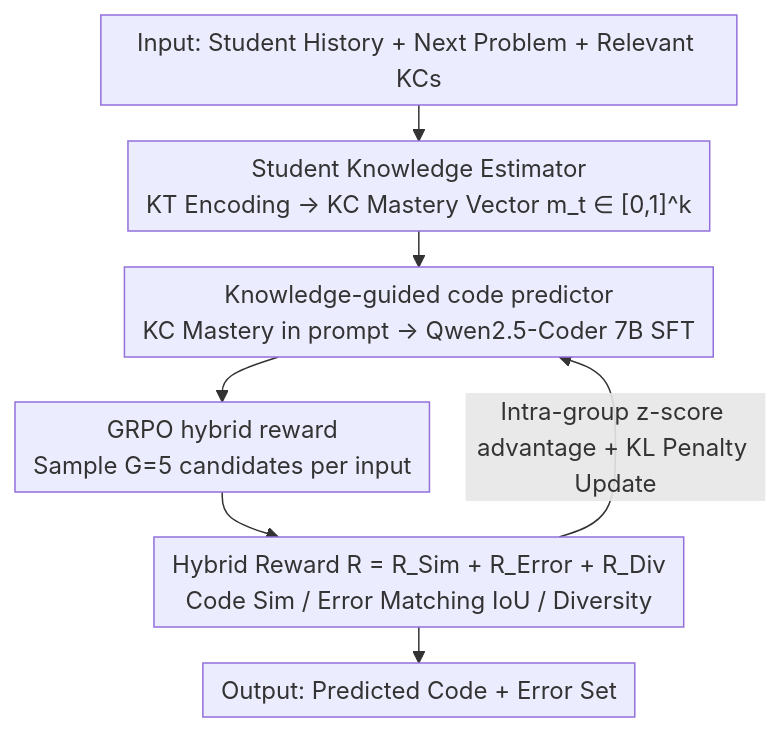
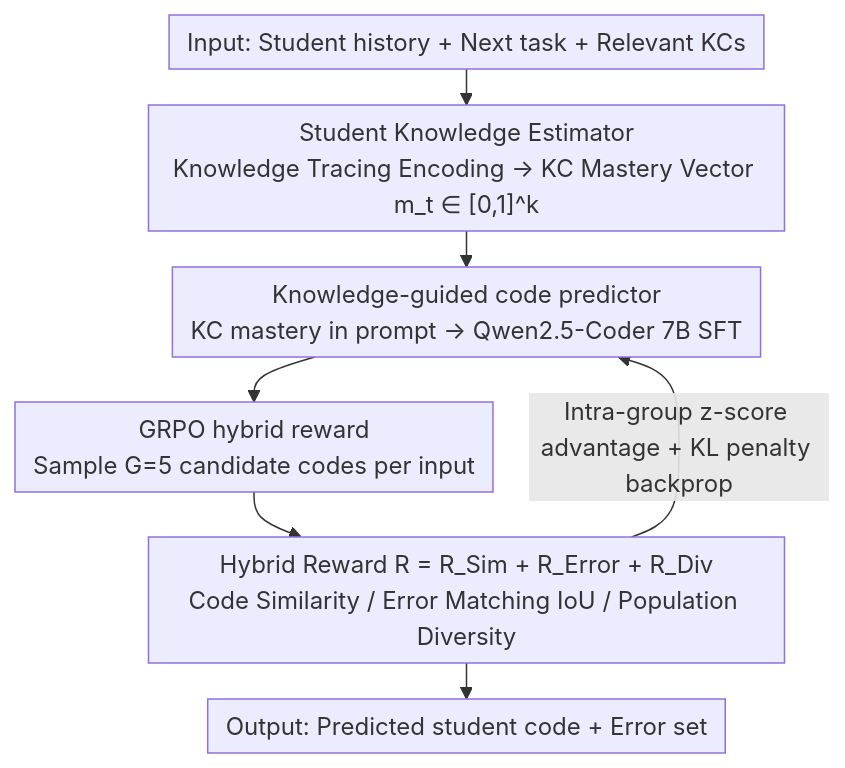
The diagram in docs/ACL2026/reinforcement_learning/kaser_knowledge-aligned_student_error_simulator_for_open-ended_coding_tasks.md (zhaoyang97/Paper-Notes-en), drawn with Mermaid before and after one commit. The commit also changed other lines of this file and 5084 other files, not shown here.

````diff
--- a/docs/ACL2026/reinforcement_learning/kaser_knowledge-aligned_student_error_simulator_for_open-ended_coding_tasks.md
+++ b/docs/ACL2026/reinforcement_learning/kaser_knowledge-aligned_student_error_simulator_for_open-ended_coding_tasks.md
@@ -44,10 +44,10 @@
 ```mermaid
 %%{init: {'flowchart': {'rankSpacing': 24, 'nodeSpacing': 28, 'padding': 6, 'wrappingWidth': 400}}}%%
 flowchart TD
-    A["Input: Student History + Next Problem + Relevant KCs"] --> B["Student Knowledge Estimator<br/>KT Encoding → KC Mastery Vector m_t ∈ [0,1]^k"]
-    B --> C["Knowledge-guided code predictor<br/>KC Mastery in prompt → Qwen2.5-Coder 7B SFT"]
-    C --> D["GRPO hybrid reward<br/>Sample G=5 candidates per input"]
-    D --> E["Hybrid Reward R = R_Sim + R_Error + R_Div<br/>Code Sim / Error Matching IoU / Diversity"]
-    E -->|Intra-group z-score advantage + KL Penalty Update| C
-    E --> F["Output: Predicted Code + Error Set"]
+    A["Input: Student history + Next task + Relevant KCs"] --> B["Student Knowledge Estimator<br/>Knowledge Tracing Encoding → KC Mastery Vector m_t ∈ [0,1]^k"]
+    B --> C["Knowledge-guided code predictor<br/>KC mastery in prompt → Qwen2.5-Coder 7B SFT"]
+    C --> D["GRPO hybrid reward<br/>Sample G=5 candidate codes per input"]
+    D --> E["Hybrid Reward R = R_Sim + R_Error + R_Div<br/>Code Similarity / Error Matching IoU / Population Diversity"]
+    E -->|Intra-group z-score advantage + KL penalty backprop| C
+    E --> F["Output: Predicted student code + Error set"]
 ```
````
